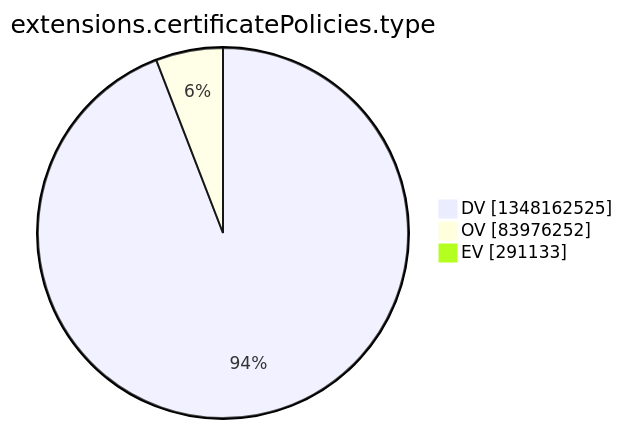
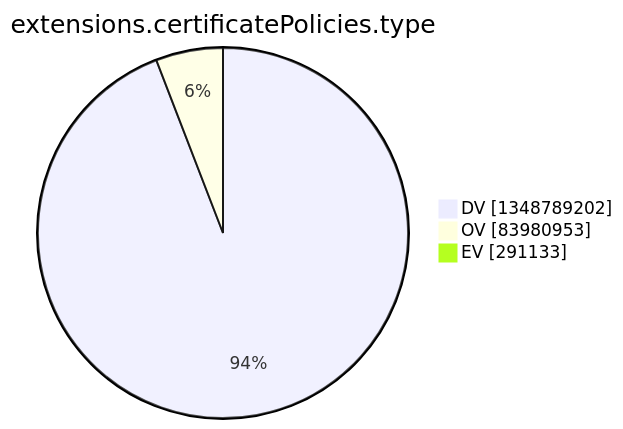
One commit to christiankrug/ctmonitor_visualization changed the tenth of 15 diagrams in argon2022/README.md. Above: the diagram before and after it, drawn with Mermaid. The commit also changed other lines of this file, not shown here.

````diff
--- a/argon2022/README.md
+++ b/argon2022/README.md
@@ -2773,7 +2773,7 @@
 ```mermaid
 pie showData
 title extensions.certificatePolicies.type
-"DV" :1348162525
-"OV" :83976252
+"DV" :1348789202
+"OV" :83980953
 "EV" :291133
 ```
````
